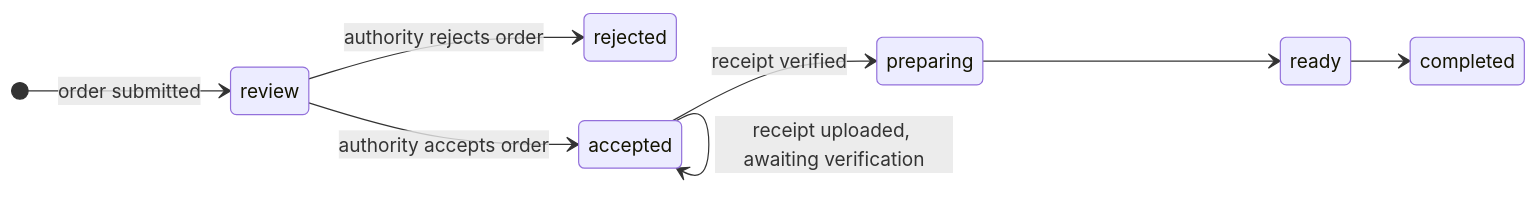
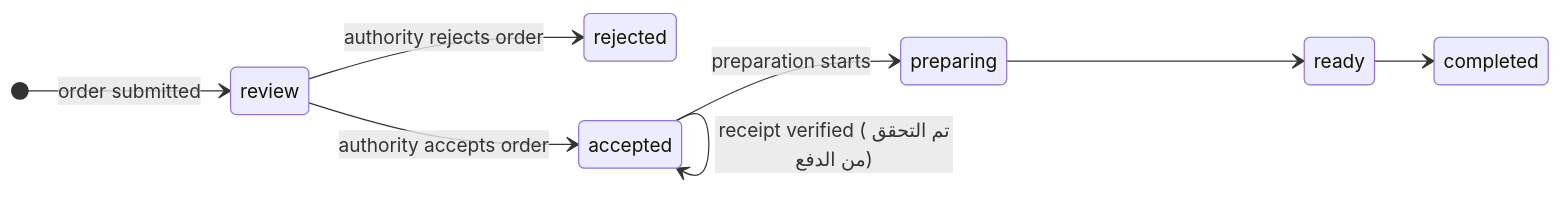
The third of 3 diagrams in app/docs/portal-ux.md (hagersaeedd363-lgtm/NTG), drawn with Mermaid before and after one commit. The commit also changed other lines of this file and 8 other files, not shown here.

First line of the commit message:
Add «تم التحقق من الدفع» and make the proof upload-only

````diff
--- a/app/docs/portal-ux.md
+++ b/app/docs/portal-ux.md
@@ -61,11 +61,12 @@
 ```mermaid
 stateDiagram-v2
   direction LR
   [*] --> review: order submitted
   review --> rejected: authority rejects order
   review --> accepted: authority accepts order
   accepted --> accepted: receipt uploaded, awaiting verification
-  accepted --> preparing: receipt verified
+  accepted --> accepted: receipt verified (تم التحقق من الدفع)
+  accepted --> preparing: preparation starts
   preparing --> ready
   ready --> completed
 ```
````
